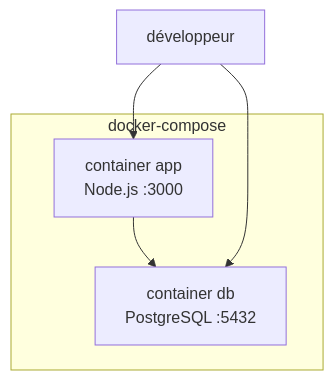
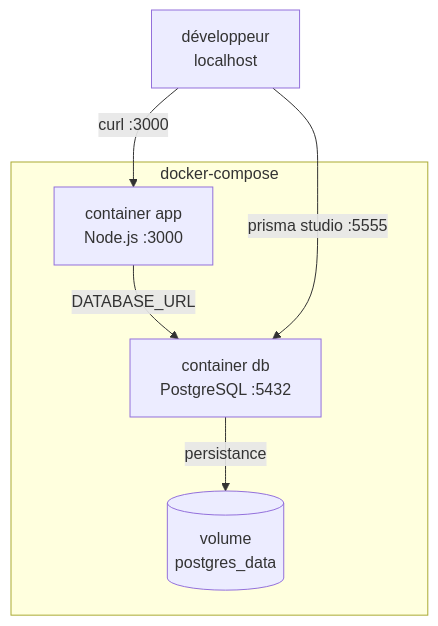
One commit to ayadinsaf/hotel-management-system changed the eighth of 12 diagrams in docs/learning/DIAGRAMS-FR.md. Above: the diagram before and after it, drawn with Mermaid. The commit also changed other lines of this file and 14 other files, not shown here.

````diff
--- a/docs/learning/DIAGRAMS-FR.md
+++ b/docs/learning/DIAGRAMS-FR.md
@@ -131,10 +131,12 @@
 ```mermaid
 graph TB
 subgraph docker-compose
 APP[container app\nNode.js :3000]
 DB[container db\nPostgreSQL :5432]
+VOL[(volume\npostgres_data)]
 end
-APP --> DB
-DEV[développeur] --> APP
-DEV --> DB
+APP -->|DATABASE_URL| DB
+DB -->|persistance| VOL
+DEV[développeur\nlocalhost] -->|curl :3000| APP
+DEV -->|prisma studio :5555| DB
 ```
````
